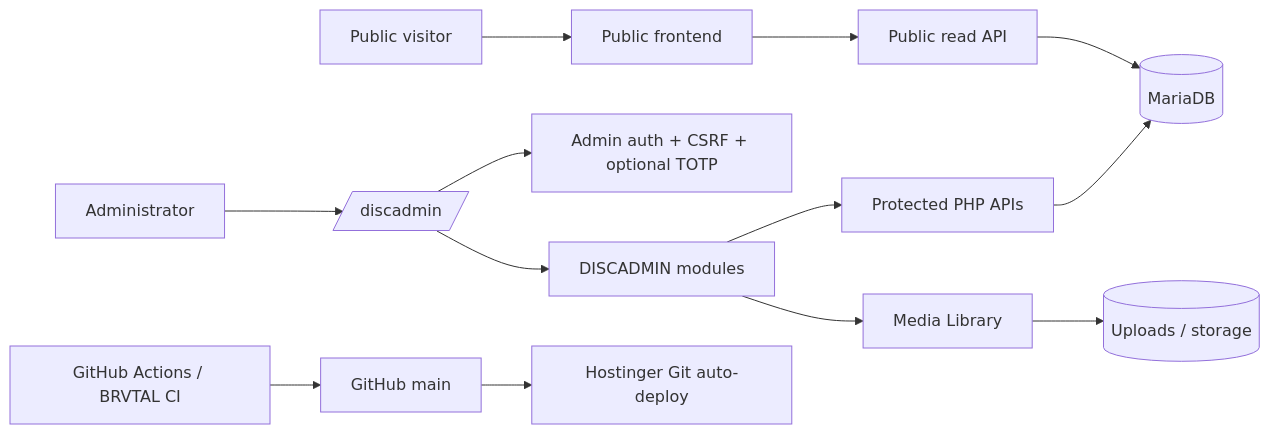
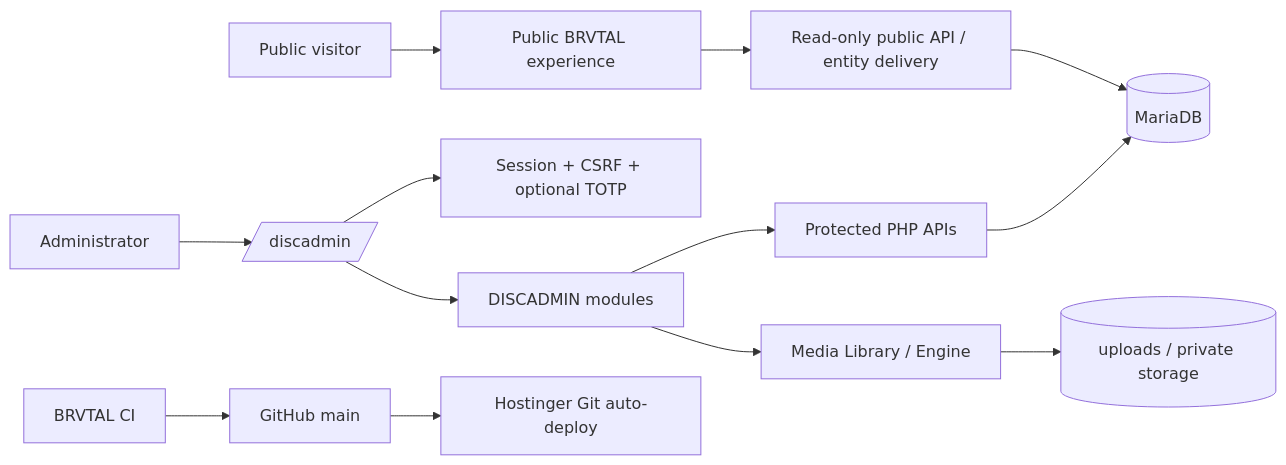
The diagram in README.md (pl0n3r/brvtal), drawn with Mermaid before and after one commit. The commit also changed other lines of this file, not shown here.

Commit message:
docs: align README with current BRVTAL platform

````diff
--- a/README.md
+++ b/README.md
@@ -60,19 +82,19 @@
 ```mermaid
 flowchart LR
-    U[Public visitor] --> WEB[Public frontend]
+    V[Public visitor] --> WEB[Public BRVTAL experience]
     A[Administrator] --> ADMIN[/discadmin/]
 
-    WEB --> PUBLIC[Public read API]
-    ADMIN --> AUTH[Admin auth + CSRF + optional TOTP]
-    ADMIN --> MODULES[DISCADMIN modules]
+    WEB --> PUB[Read-only public API / entity delivery]
+    ADMIN --> AUTH[Session + CSRF + optional TOTP]
+    ADMIN --> MOD[DISCADMIN modules]
 
-    MODULES --> API[Protected PHP APIs]
-    PUBLIC --> DB[(MariaDB)]
+    PUB --> DB[(MariaDB)]
+    MOD --> API[Protected PHP APIs]
     API --> DB
 
-    MODULES --> MEDIA[Media Library]
-    MEDIA --> STORAGE[(Uploads / storage)]
+    MOD --> MEDIA[Media Library / Engine]
+    MEDIA --> STORE[(uploads / private storage)]
 
-    GH[GitHub main] --> HOST[Hostinger Git auto-deploy]
-    CI[GitHub Actions / BRVTAL CI] --> GH
+    CI[BRVTAL CI] --> GH[GitHub main]
+    GH --> HOST[Hostinger Git auto-deploy]
 ```
````
